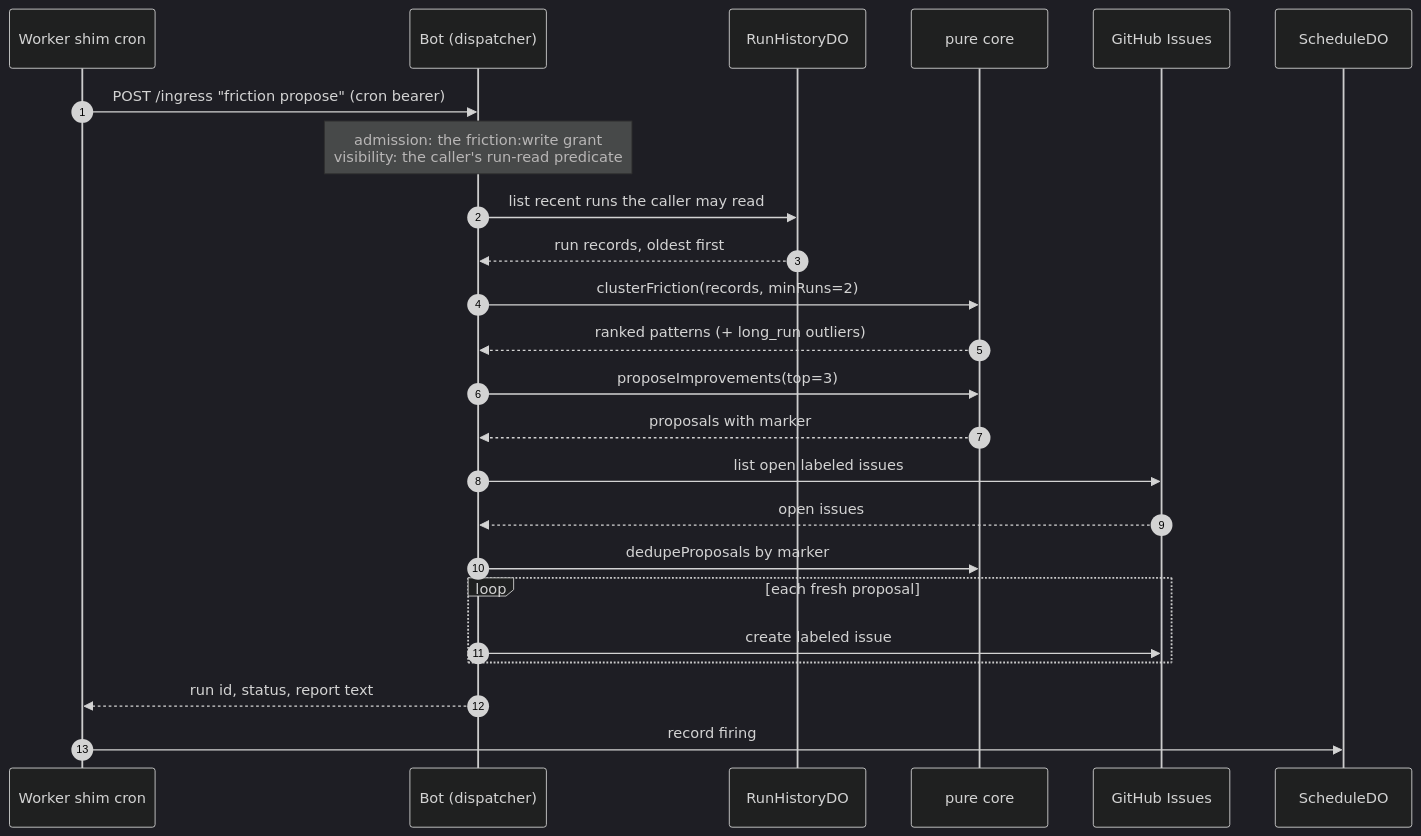
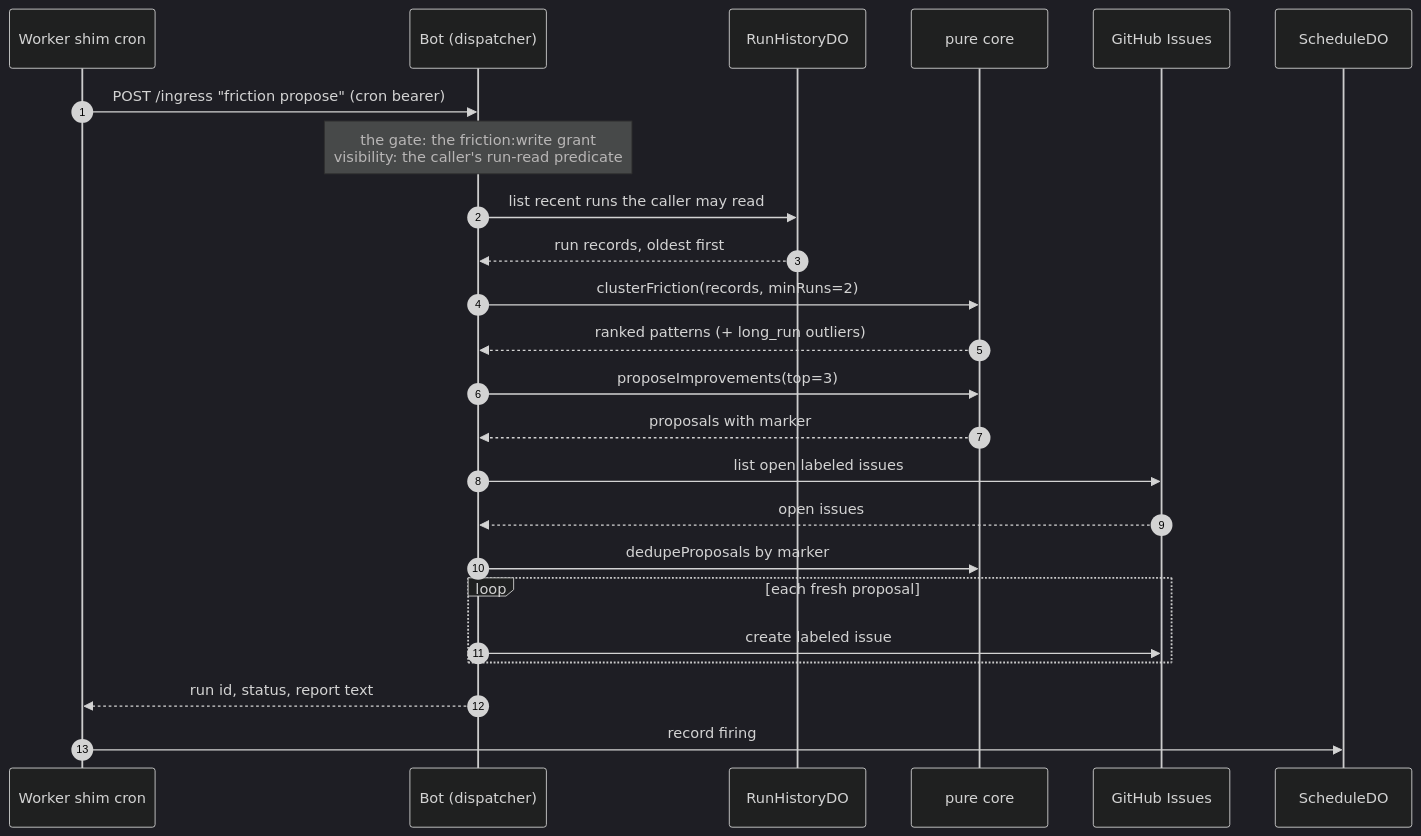
The third of 4 diagrams in docs/explanation/how-switchboard-improves-itself.md (coreplanelabs/switchboard), drawn with Mermaid (dark theme) before and after one commit. The commit also changed 25 other files, not shown here.

````diff
--- a/docs/explanation/how-switchboard-improves-itself.md
+++ b/docs/explanation/how-switchboard-improves-itself.md
@@ -67,27 +67,27 @@
 ```mermaid
 sequenceDiagram
     autonumber
     participant Shim as Worker shim cron
     participant Bot as Bot (dispatcher)
     participant Store as RunHistoryDO
     participant Core as pure core
     participant GH as GitHub Issues
     participant SDO as ScheduleDO
 
     Shim->>Bot: POST /ingress "friction propose" (cron bearer)
-    Note over Bot: admission: the friction:write grant<br/>visibility: the caller's run-read predicate
+    Note over Bot: the gate: the friction:write grant<br/>visibility: the caller's run-read predicate
     Bot->>Store: list recent runs the caller may read
     Store-->>Bot: run records, oldest first
     Bot->>Core: clusterFriction(records, minRuns=2)
     Core-->>Bot: ranked patterns (+ long_run outliers)
     Bot->>Core: proposeImprovements(top=3)
     Core-->>Bot: proposals with marker
     Bot->>GH: list open labeled issues
     GH-->>Bot: open issues
     Bot->>Core: dedupeProposals by marker
     loop each fresh proposal
         Bot->>GH: create labeled issue
     end
     Bot-->>Shim: run id, status, report text
     Shim->>SDO: record firing
 ```
````
